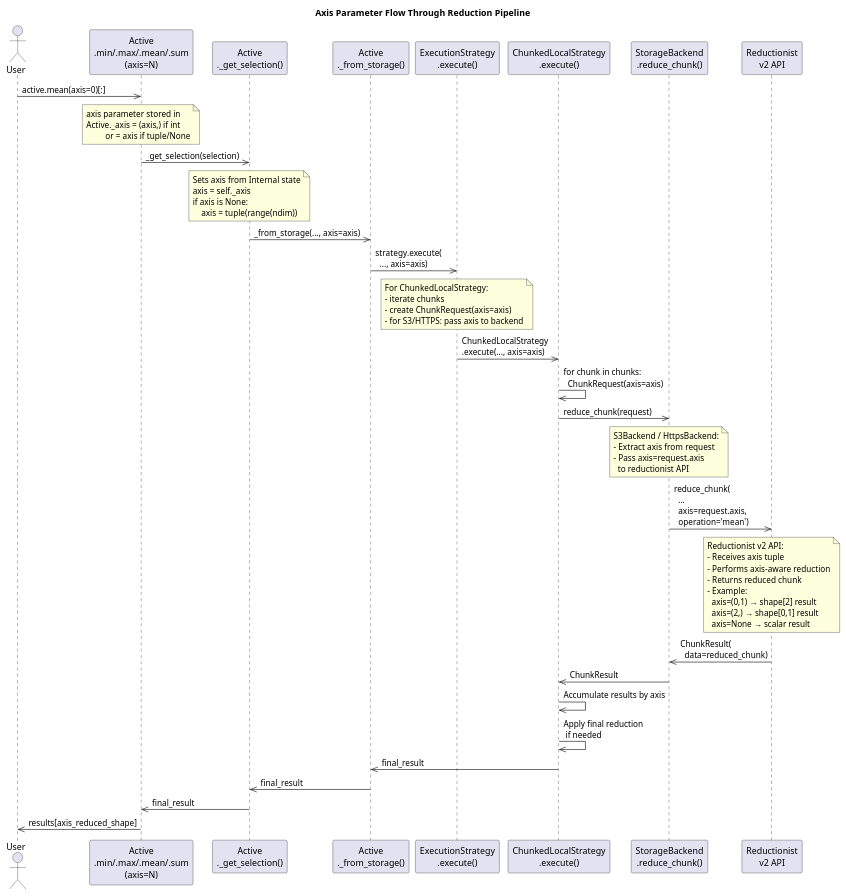
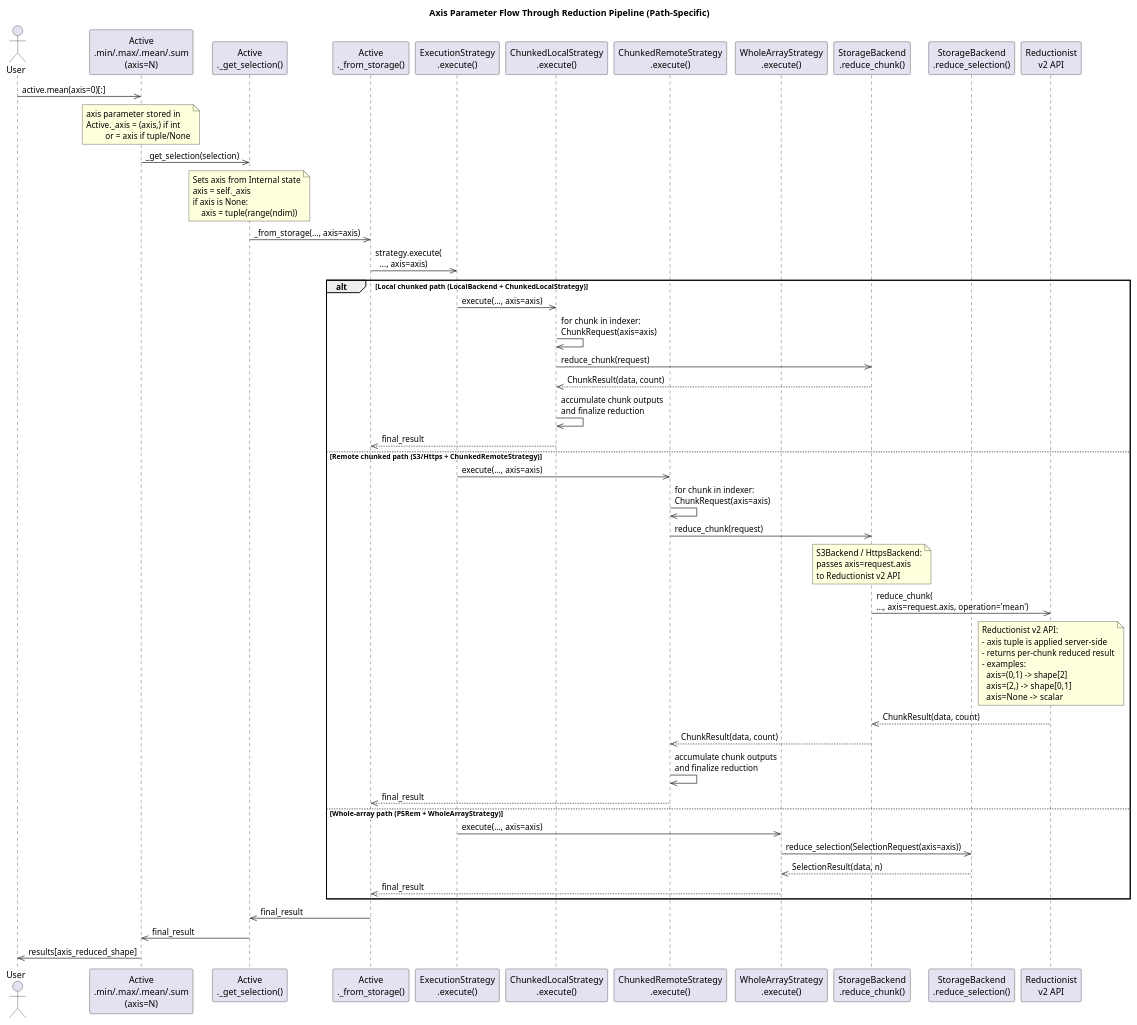
One commit to NCAS-CMS/PyActiveStorage changed the diagram in docs4understanding/axis_flow_v1.puml. Above: the diagram before and after it, drawn with PlantUML.

Commit message:
fixed axis flow diagram

```diff
--- a/docs4understanding/axis_flow_v1.puml
+++ b/docs4understanding/axis_flow_v1.puml
@@ -1,84 +1,85 @@
 @startuml axis_flow_v1
 
-title "Axis Parameter Flow Through Reduction Pipeline"
+title "Axis Parameter Flow Through Reduction Pipeline (Path-Specific)"
 
 actor User
 
 participant "Active\n.min/.max/.mean/.sum\n(axis=N)" as Active
 participant "Active\n._get_selection()" as GetSelection
 participant "Active\n._from_storage()" as FromStorage
 participant "ExecutionStrategy\n.execute()" as Strategy
 participant "ChunkedLocalStrategy\n.execute()" as LocalStrat
-participant "StorageBackend\n.reduce_chunk()" as Backend
+participant "ChunkedRemoteStrategy\n.execute()" as RemoteStrat
+participant "WholeArrayStrategy\n.execute()" as WholeStrat
+participant "StorageBackend\n.reduce_chunk()" as ChunkBackend
+participant "StorageBackend\n.reduce_selection()" as SelBackend
 participant "Reductionist\nv2 API" as Reductionist
 
 User ->> Active: active.mean(axis=0)[:]
 
 note over Active
   axis parameter stored in
   Active._axis = (axis,) if int
            or = axis if tuple/None
 end note
 
 Active ->> GetSelection: _get_selection(selection)
 note over GetSelection
   Sets axis from Internal state
   axis = self._axis
   if axis is None:
       axis = tuple(range(ndim))
 end note
 
 GetSelection ->> FromStorage: _from_storage(..., axis=axis)
 
 FromStorage ->> Strategy: strategy.execute(\n  ..., axis=axis)
 
-note over Strategy
-  For ChunkedLocalStrategy:
-  - iterate chunks
-  - create ChunkRequest(axis=axis)
-  - for S3/HTTPS: pass axis to backend
-end note
+alt Local chunked path (LocalBackend + ChunkedLocalStrategy)
+  Strategy ->> LocalStrat: execute(..., axis=axis)
+  LocalStrat ->> LocalStrat: for chunk in indexer:\nChunkRequest(axis=axis)
+  LocalStrat ->> ChunkBackend: reduce_chunk(request)
+  ChunkBackend -->> LocalStrat: ChunkResult(data, count)
+  LocalStrat ->> LocalStrat: accumulate chunk outputs\nand finalize reduction
+  LocalStrat -->> FromStorage: final_result
+else Remote chunked path (S3/Https + ChunkedRemoteStrategy)
+  Strategy ->> RemoteStrat: execute(..., axis=axis)
+  RemoteStrat ->> RemoteStrat: for chunk in indexer:\nChunkRequest(axis=axis)
+  RemoteStrat ->> ChunkBackend: reduce_chunk(request)
 
-Strategy ->> LocalStrat: ChunkedLocalStrategy\n.execute(..., axis=axis)
+  note over ChunkBackend
+    S3Backend / HttpsBackend:
+    passes axis=request.axis
+    to Reductionist v2 API
+  end note
 
-LocalStrat ->> LocalStrat: for chunk in chunks:\n  ChunkRequest(axis=axis)
+  ChunkBackend ->> Reductionist: reduce_chunk(\n..., axis=request.axis, operation='mean')
 
-LocalStrat ->> Backend: reduce_chunk(request)
+  note over Reductionist
+    Reductionist v2 API:
+    - axis tuple is applied server-side
+    - returns per-chunk reduced result
+    - examples:
+      axis=(0,1) -> shape[2]
+      axis=(2,)  -> shape[0,1]
+      axis=None  -> scalar
+  end note
 
-note over Backend
-  S3Backend / HttpsBackend:
-  - Extract axis from request
-  - Pass axis=request.axis
-    to reductionist API
-end note
-
-Backend ->> Reductionist: reduce_chunk(\n  ...\n  axis=request.axis,\n  operation='mean')
-
-note over Reductionist
-  Reductionist v2 API:
-  - Receives axis tuple
-  - Performs axis-aware reduction
-  - Returns reduced chunk
-  - Example:
-    axis=(0,1) → shape[2] result
-    axis=(2,) → shape[0,1] result
-    axis=None → scalar result
-end note
-
-Reductionist ->> Backend: ChunkResult(\n  data=reduced_chunk)
-
-Backend ->> LocalStrat: ChunkResult
-
-LocalStrat ->> LocalStrat: Accumulate results by axis
-
-LocalStrat ->> LocalStrat: Apply final reduction\n if needed
-
-LocalStrat ->> FromStorage: final_result
+  Reductionist -->> ChunkBackend: ChunkResult(data, count)
+  ChunkBackend -->> RemoteStrat: ChunkResult(data, count)
+  RemoteStrat ->> RemoteStrat: accumulate chunk outputs\nand finalize reduction
+  RemoteStrat -->> FromStorage: final_result
+else Whole-array path (P5Rem + WholeArrayStrategy)
+  Strategy ->> WholeStrat: execute(..., axis=axis)
+  WholeStrat ->> SelBackend: reduce_selection(SelectionRequest(axis=axis))
+  SelBackend -->> WholeStrat: SelectionResult(data, n)
+  WholeStrat -->> FromStorage: final_result
+end
 
 FromStorage ->> GetSelection: final_result
 
 GetSelection ->> Active: final_result
 
 Active ->> User: results[axis_reduced_shape]
 
 @enduml
```
